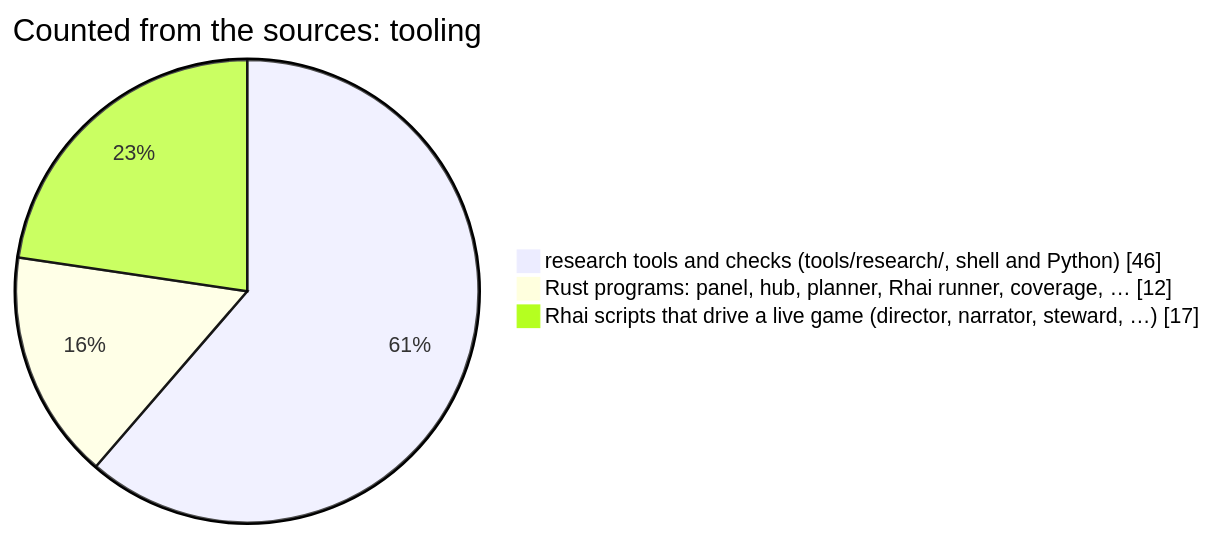
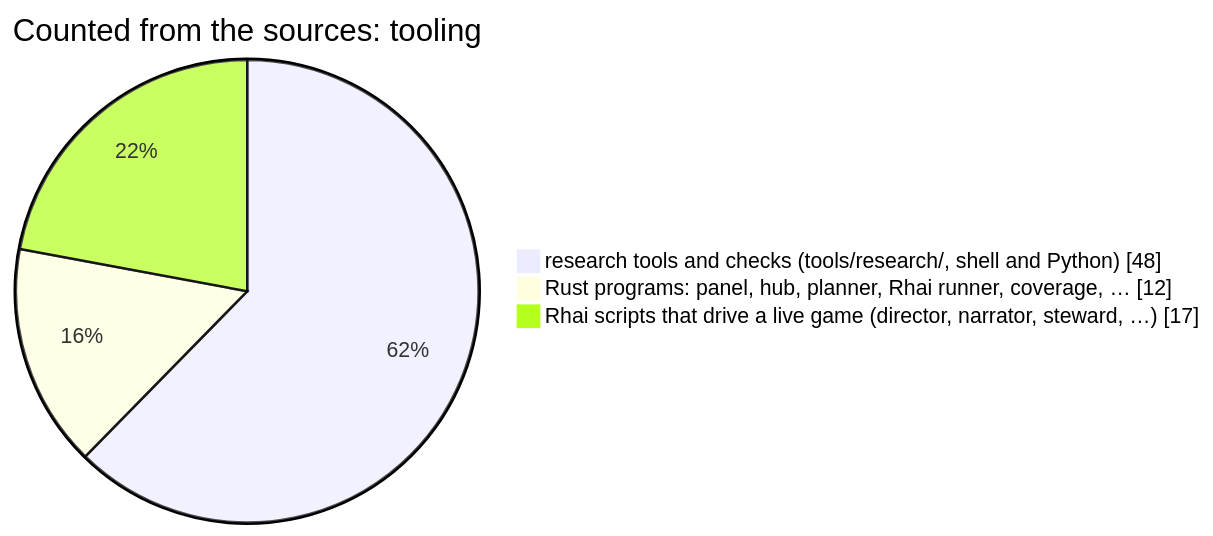
The fifth of 11 diagrams in README.md (korczis/OpenTTD), drawn with Mermaid before and after one commit. The commit also changed other lines of this file and 9 other files, not shown here.

````diff
--- a/README.md
+++ b/README.md
@@ -666,6 +666,6 @@
 ```mermaid
 pie showData title Counted from the sources: tooling
-    "research tools and checks (tools/research/, shell and Python)" : 46
+    "research tools and checks (tools/research/, shell and Python)" : 48
     "Rust programs: panel, hub, planner, Rhai runner, coverage, …" : 12
     "Rhai scripts that drive a live game (director, narrator, steward, …)" : 17
 ```
````
